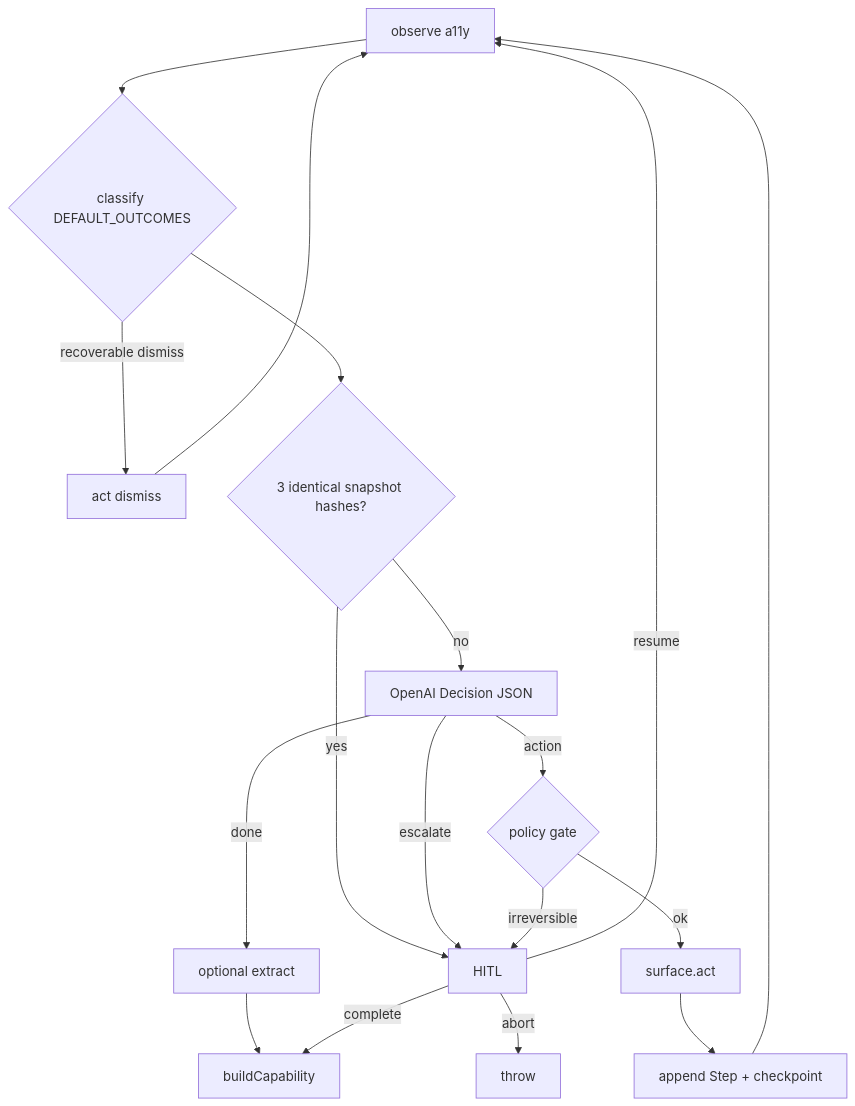
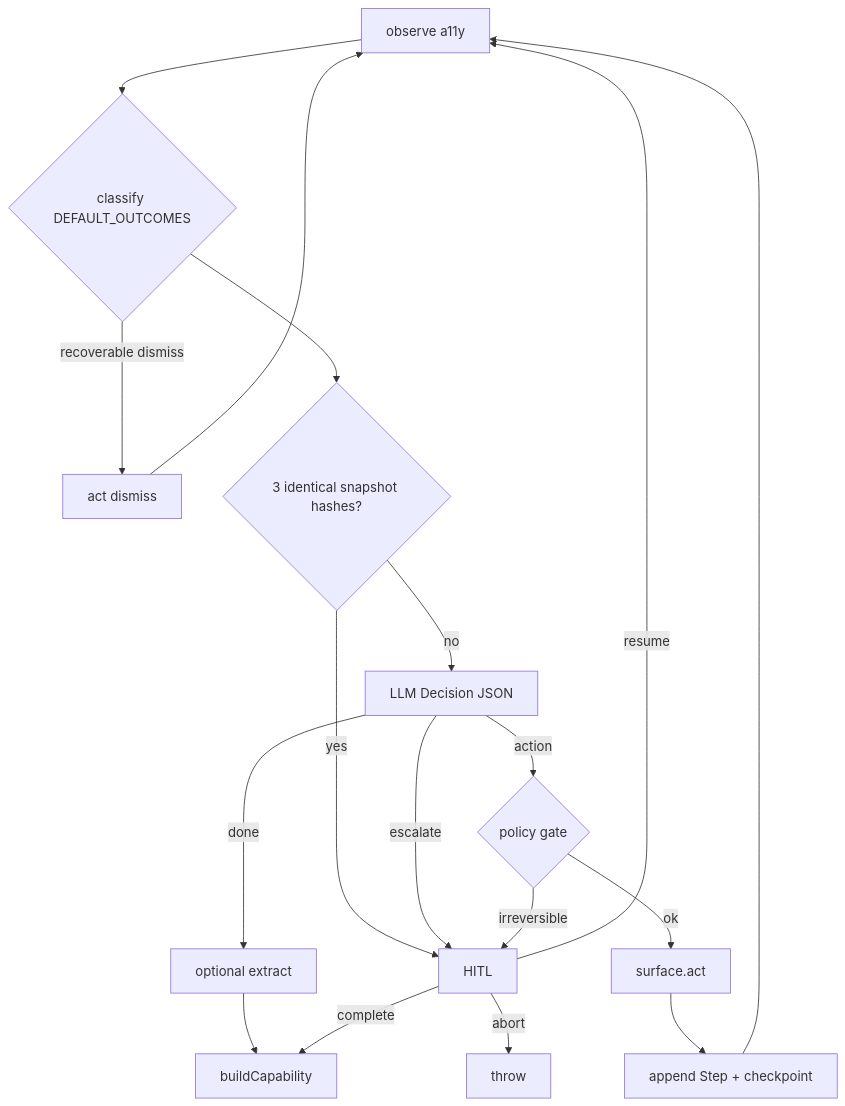
One commit to Jayanth-stack/AI_Agent_Banking changed the fourth of 4 diagrams in REPORT.md. Above: the diagram before and after it, drawn with Mermaid. The commit also changed other lines of this file and 6 other files, not shown here.

````diff
--- a/REPORT.md
+++ b/REPORT.md
@@ -148,16 +148,16 @@
 ```mermaid
 flowchart TD
   observe[observe a11y] --> classify{classify DEFAULT_OUTCOMES}
   classify -->|recoverable dismiss| dismiss[act dismiss] --> observe
   classify --> stuck{3 identical snapshot hashes?}
   stuck -->|yes| hitl[HITL]
-  stuck -->|no| llm[OpenAI Decision JSON]
+  stuck -->|no| llm[LLM Decision JSON]
   llm -->|escalate| hitl
   llm -->|done| extractMaybe[optional extract] --> build[buildCapability]
   llm -->|action| policy{policy gate}
   policy -->|irreversible| hitl
   policy -->|ok| act[surface.act] --> record[append Step + checkpoint] --> observe
   hitl -->|resume| observe
   hitl -->|complete| build
   hitl -->|abort| fail[throw]
 ```
````
